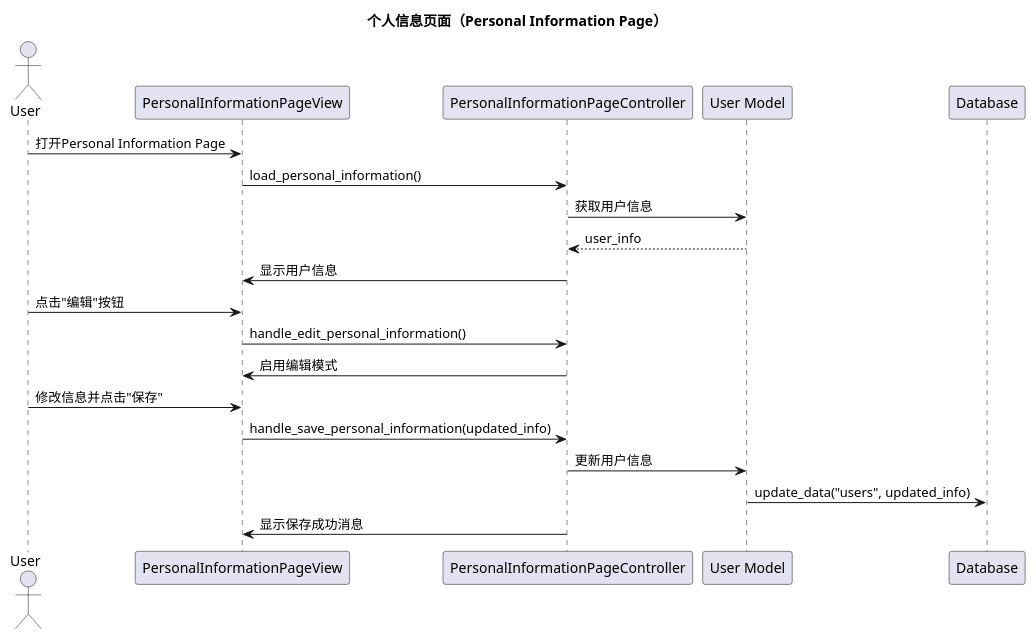
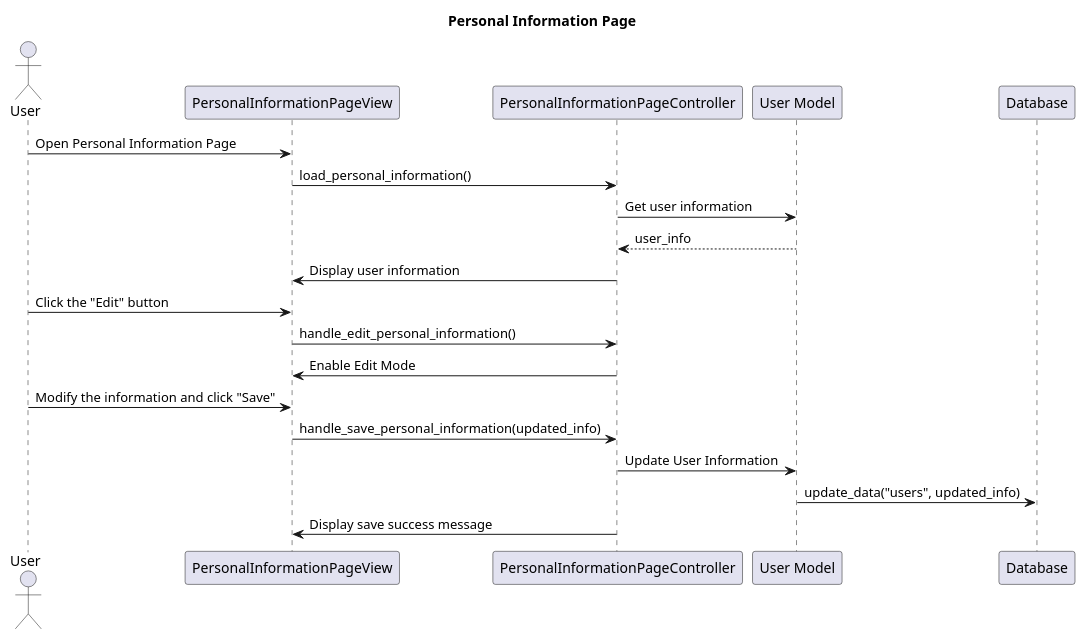
One commit to violeteye1234/group23_COMPS350F changed the eighth of 16 diagrams in planning/class_diagrams.md. Above: the diagram before and after it, drawn with PlantUML. The commit also changed other lines of this file, not shown here.

````diff
--- a/planning/class_diagrams.md
+++ b/planning/class_diagrams.md
@@ -257,25 +257,25 @@
 ```plantuml
 @startuml
-title 个人信息页面（Personal Information Page）
+title Personal Information Page
 
 actor User
 participant "PersonalInformationPageView" as View
 participant "PersonalInformationPageController" as Controller
 participant "User Model" as UserModel
 participant "Database" as DB
 
-User -> View: 打开Personal Information Page
+User -> View: Open Personal Information Page
 View -> Controller: load_personal_information()
-Controller -> UserModel: 获取用户信息
+Controller -> UserModel: Get user information
 UserModel --> Controller: user_info
-Controller -> View: 显示用户信息
-User -> View: 点击"编辑"按钮
+Controller -> View: Display user information
+User -> View: Click the "Edit" button
 View -> Controller: handle_edit_personal_information()
-Controller -> View: 启用编辑模式
-User -> View: 修改信息并点击"保存"
+Controller -> View: Enable Edit Mode
+User -> View: Modify the information and click "Save"
 View -> Controller: handle_save_personal_information(updated_info)
-Controller -> UserModel: 更新用户信息
+Controller -> UserModel: Update User Information
 UserModel -> DB: update_data("users", updated_info)
-Controller -> View: 显示保存成功消息
+Controller -> View: Display save success message
 @enduml
 ```
````
